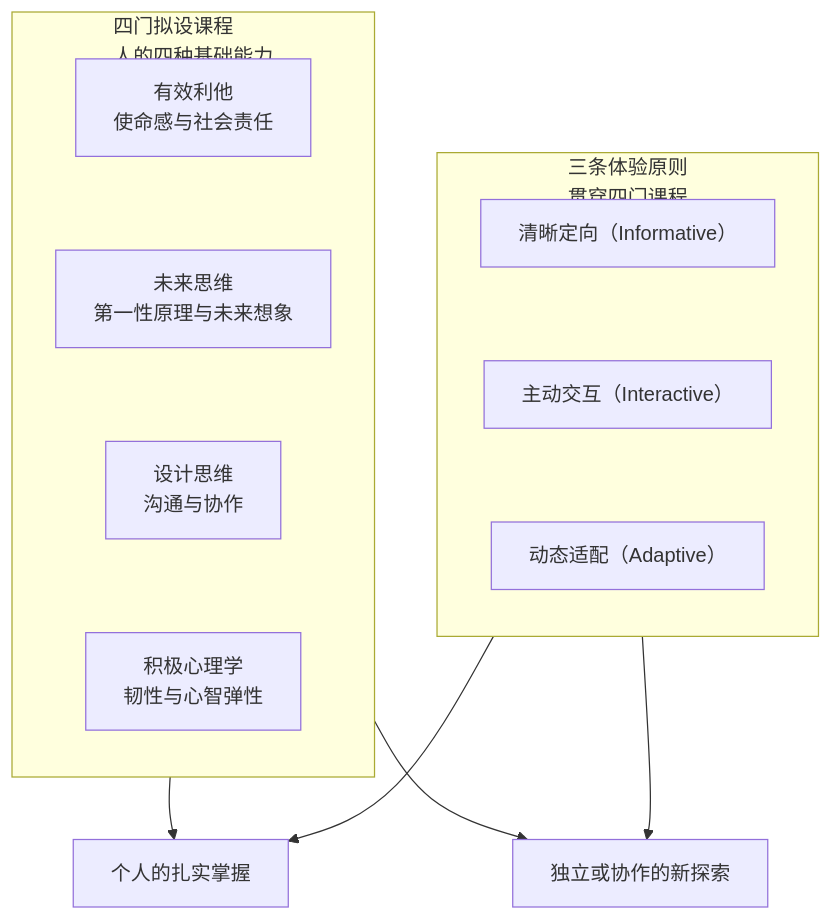
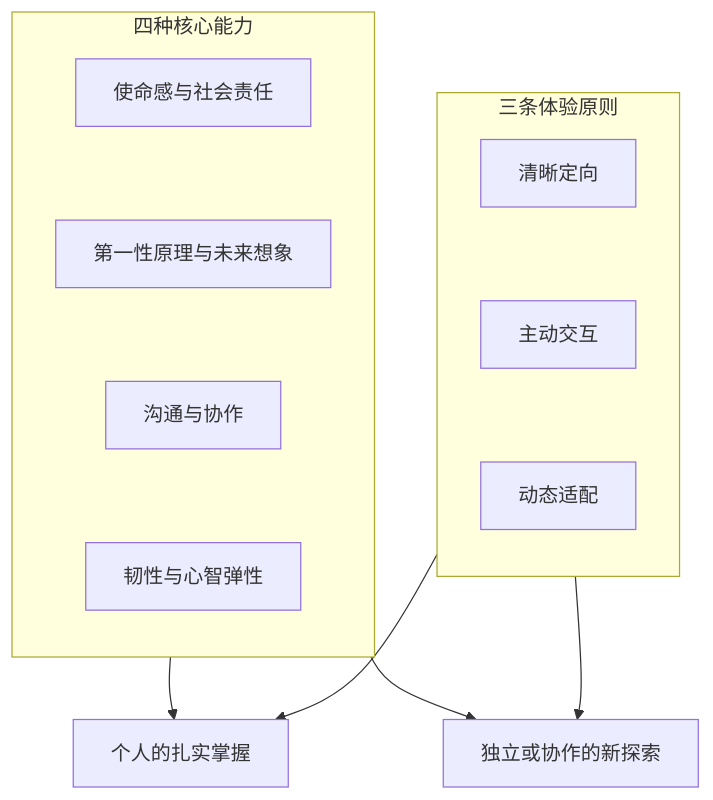
Before and after one commit to domijin/domijin.github.io: the diagram in articles/diagrams/open-learning-framework-zh.mmd, drawn with Mermaid. The commit also changed 43 other files, not shown here.

```diff
--- a/articles/diagrams/open-learning-framework-zh.mmd
+++ b/articles/diagrams/open-learning-framework-zh.mmd
@@ -1,15 +1,15 @@
 flowchart TB
   accTitle: 开放学习的两个独立维度
-  accDescr: 四门拟设课程分别指向使命感与社会责任、第一性原理与未来想象、沟通与协作、韧性与心智弹性；三条学习体验原则同时作用于四门课程。两维交织，指向个人的扎实掌握与独立或协作的新探索。
-  subgraph A["四门拟设课程<br/>人的四种基础能力"]
+  accDescr: 四种核心能力与三条体验原则共同支持个人掌握与独立或协作的探索。
+  subgraph A["四种核心能力"]
     direction TB
-    A1["有效利他<br/>使命感与社会责任"] ~~~ A2["未来思维<br/>第一性原理与未来想象"] ~~~ A3["设计思维<br/>沟通与协作"] ~~~ A4["积极心理学<br/>韧性与心智弹性"]
+    A1["使命感与社会责任"] ~~~ A2["第一性原理与未来想象"] ~~~ A3["沟通与协作"] ~~~ A4["韧性与心智弹性"]
   end
-  subgraph B["三条体验原则<br/>贯穿四门课程"]
+  subgraph B["三条体验原则"]
     direction TB
-    B1["清晰定向（Informative）"] ~~~ B2["主动交互（Interactive）"] ~~~ B3["动态适配（Adaptive）"]
+    B1["清晰定向"] ~~~ B2["主动交互"] ~~~ B3["动态适配"]
   end
   A --> M["个人的扎实掌握"]
   B --> M
   A --> D["独立或协作的新探索"]
   B --> D
```
